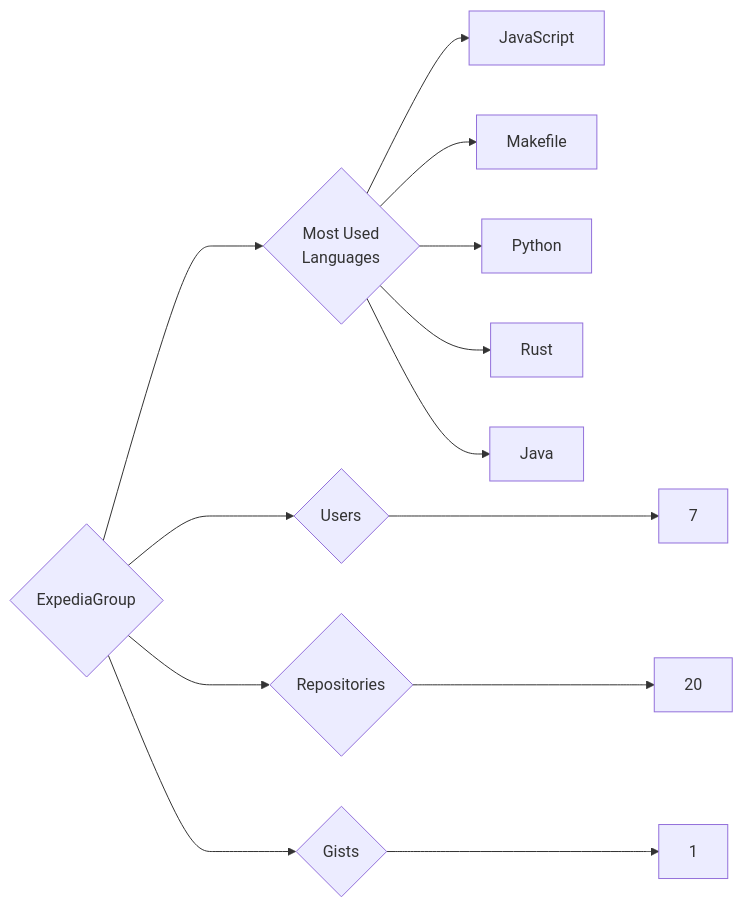
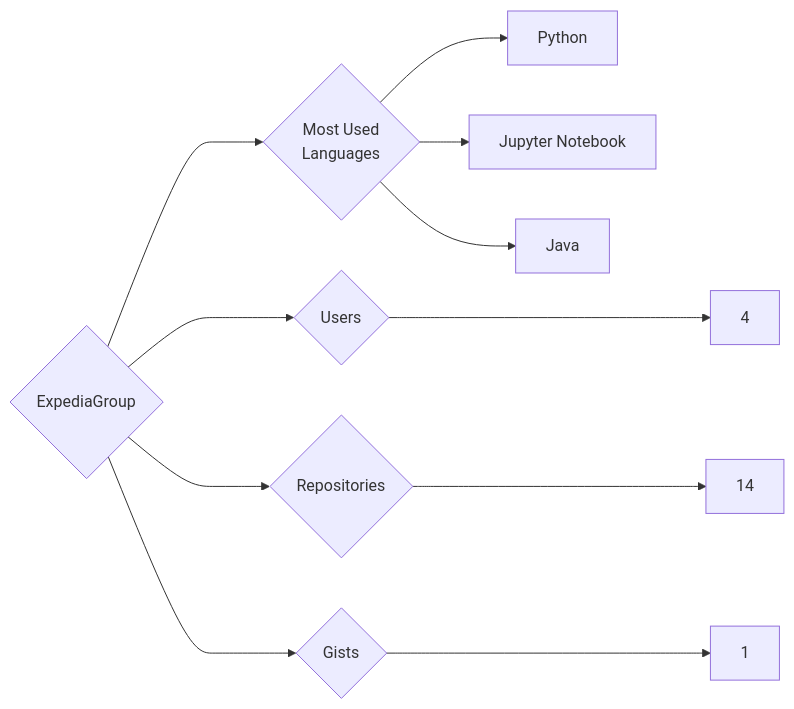
One commit to trickest/insiders changed the diagram in targets/ExpediaGroup/README.md. Above: the diagram before and after it, drawn with Mermaid. The commit also changed 938 other files, not shown here.

````diff
--- a/targets/ExpediaGroup/README.md
+++ b/targets/ExpediaGroup/README.md
@@ -3,13 +3,11 @@
 ```mermaid
 graph LR
 COMPANY_NAME{ExpediaGroup}
-COMPANY_NAME ---> U{Users} ---> UN[7]
-COMPANY_NAME ---> R{Repositories} ---> RN[20]
+COMPANY_NAME ---> U{Users} ---> UN[4]
+COMPANY_NAME ---> R{Repositories} ---> RN[14]
 COMPANY_NAME ---> G{Gists} ---> GN[1]
 COMPANY_NAME ---> ML{Most Used<br>Languages}
-ML --> JavaScript[JavaScript]
-ML --> Makefile[Makefile]
 ML --> Python[Python]
-ML --> Rust[Rust]
+ML --> Jupyter_Notebook[Jupyter Notebook]
 ML --> Java[Java]
 ```
````
